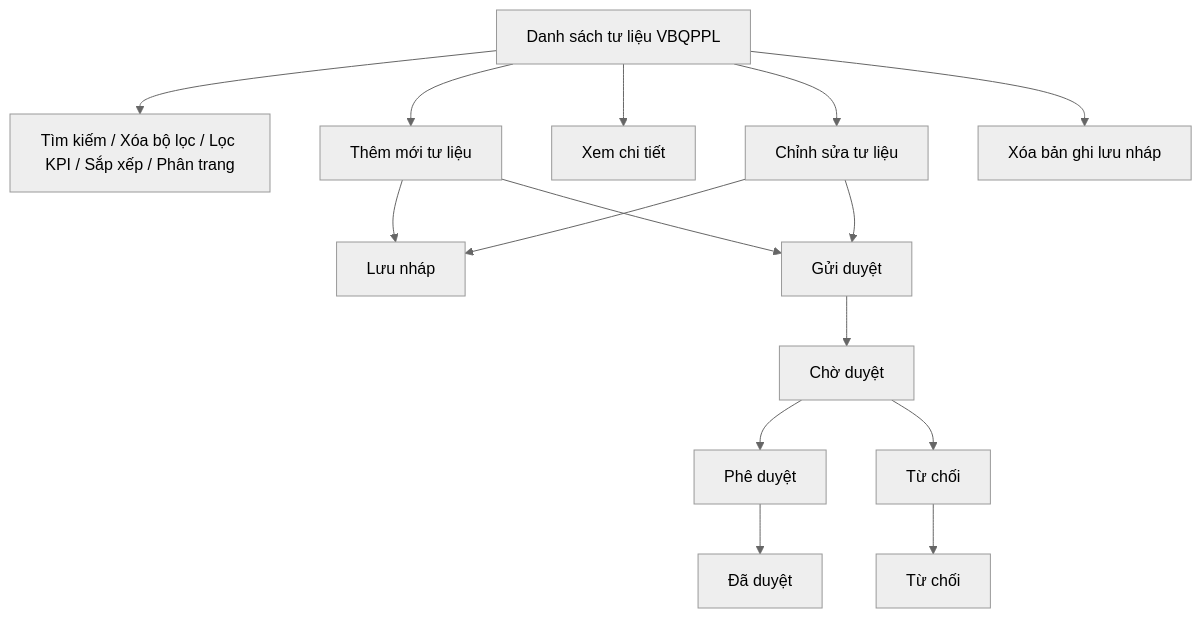
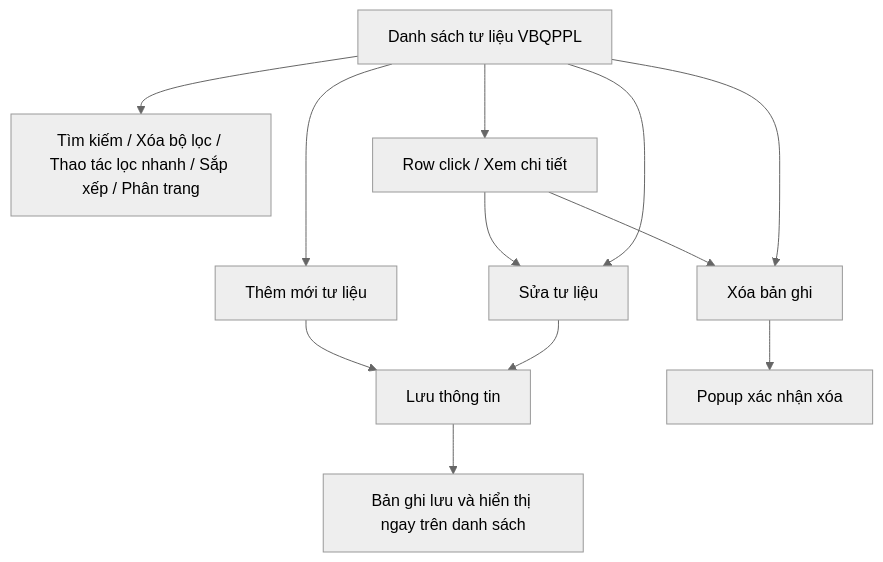
The diagram in Tai lieu phan tich/03_Website_Quan_tri/03_Cong_tac_boi_thuong/SRS_BTNN_HoTroTuLieu_VBQPPL.md (huyendt2007/BPBD_UI), drawn with Mermaid (neutral theme) before and after one commit. The commit also changed other lines of this file and 135 other files, not shown here.

````diff
--- a/Tai lieu phan tich/03_Website_Quan_tri/03_Cong_tac_boi_thuong/SRS_BTNN_HoTroTuLieu_VBQPPL.md
+++ b/Tai lieu phan tich/03_Website_Quan_tri/03_Cong_tac_boi_thuong/SRS_BTNN_HoTroTuLieu_VBQPPL.md
@@ -37,17 +31,14 @@
 ```mermaid
 flowchart TD
-    A[Danh sách tư liệu VBQPPL] --> B[Tìm kiếm / Xóa bộ lọc / Lọc KPI / Sắp xếp / Phân trang]
+    A[Danh sách tư liệu VBQPPL] --> B[Tìm kiếm / Xóa bộ lọc / Thao tác lọc nhanh / Sắp xếp / Phân trang]
     A --> C[Thêm mới tư liệu]
-    C --> D[Lưu nháp]
-    C --> E[Gửi duyệt]
-    E --> F["Chờ duyệt"]
-    A --> G[Xem chi tiết]
-    A --> H[Chỉnh sửa tư liệu]
+    A --> G[Row click / Xem chi tiết]
+    G --> H[Sửa tư liệu]
+    G --> I[Xóa bản ghi]
+    A --> H
+    C --> D[Lưu thông tin]
     H --> D
-    H --> E
-    A --> I[Xóa bản ghi lưu nháp]
-    F --> J[Phê duyệt]
-    F --> K[Từ chối]
-    J --> L["Đã duyệt"]
-    K --> M["Từ chối"]
+    D --> E[Bản ghi lưu và hiển thị ngay trên danh sách]
+    A --> I
+    I --> J[Popup xác nhận xóa]
 ```
````
